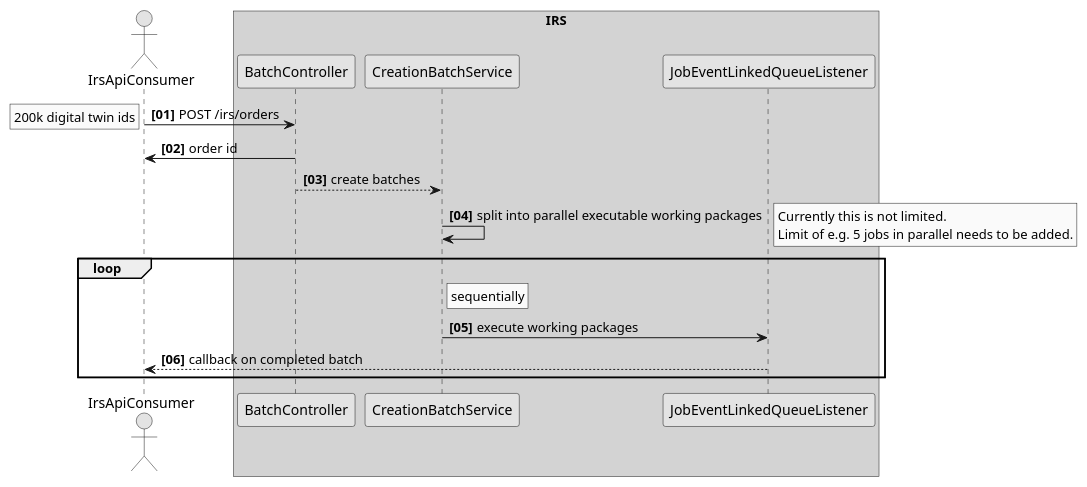
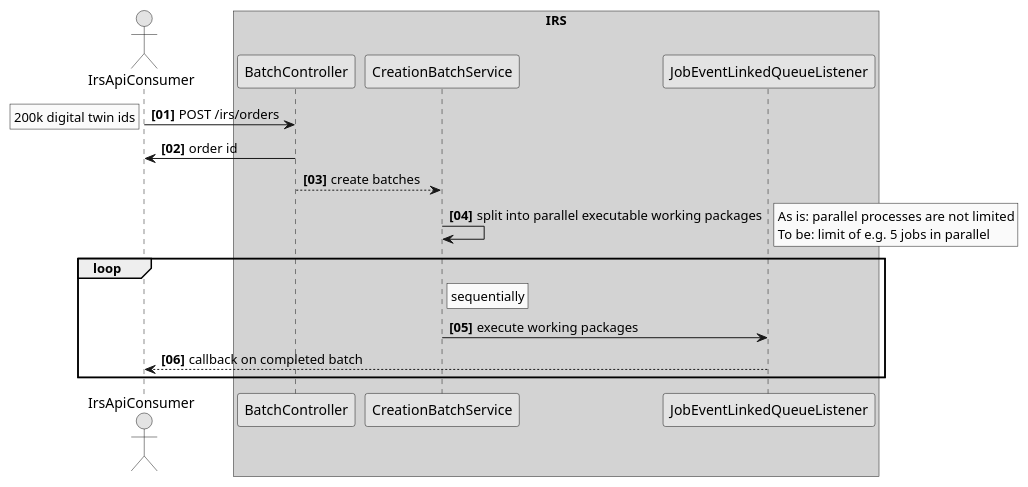
The diagram in docs/src/uml-diagrams/runtime-view/scaling-job-batch-processing.puml (eclipse-tractusx/item-relationship-service), drawn with PlantUML before and after one commit.

Commit message:
chore(docs): add sequence diagrams for improvements in scalability

```diff
--- a/docs/src/uml-diagrams/runtime-view/scaling-job-batch-processing.puml
+++ b/docs/src/uml-diagrams/runtime-view/scaling-job-batch-processing.puml
@@ -1,34 +1,34 @@
 @startuml
 skinparam monochrome true
 skinparam shadowing false
 skinparam defaultFontName "Architects daughter"
 autonumber "<b>[00]"
 
 actor IrsApiConsumer
 
 
 box "IRS" #LightGrey
 
 IrsApiConsumer -> BatchController : POST /irs/orders
 rnote left
     200k digital twin ids
 end note
 IrsApiConsumer <- BatchController : order id
 
 BatchController --> CreationBatchService: create batches
 CreationBatchService -> CreationBatchService: split into parallel executable working packages
 
 rnote right
-    Currently this is not limited.
-    Limit of e.g. 5 jobs in parallel needs to be added.
+    As is: parallel processes are not limited
+    To be: limit of e.g. 5 jobs in parallel
 end note
 
 loop
     rnote right CreationBatchService
         sequentially
     end note
     CreationBatchService -> JobEventLinkedQueueListener: execute working packages
     JobEventLinkedQueueListener --> IrsApiConsumer: callback on completed batch
 end
 
 @enduml
```
